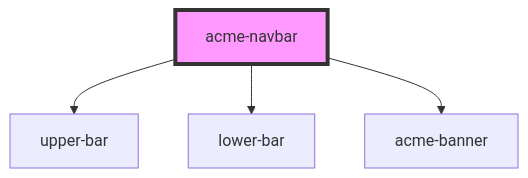
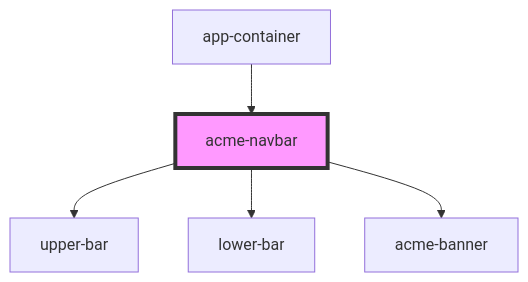
Before and after one commit to LucaArgentieri/ACME-Enterprise: the diagram in src/components/acme-navbar/readme.md, drawn with Mermaid. The commit also changed other lines of this file and 9 other files, not shown here.

````diff
--- a/src/components/acme-navbar/readme.md
+++ b/src/components/acme-navbar/readme.md
@@ -29,7 +33,8 @@
 ```mermaid
 graph TD;
   acme-navbar --> upper-bar
   acme-navbar --> lower-bar
   acme-navbar --> acme-banner
+  app-container --> acme-navbar
   style acme-navbar fill:#f9f,stroke:#333,stroke-width:4px
 ```
````
